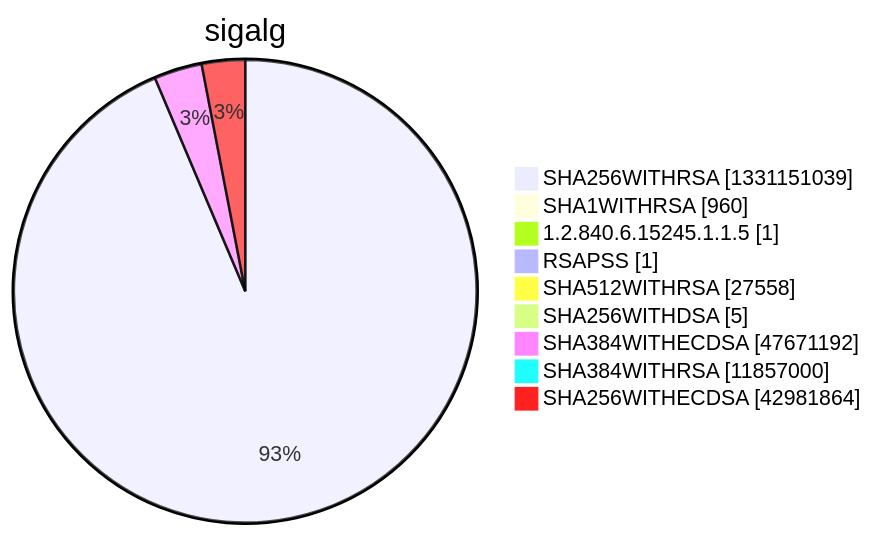
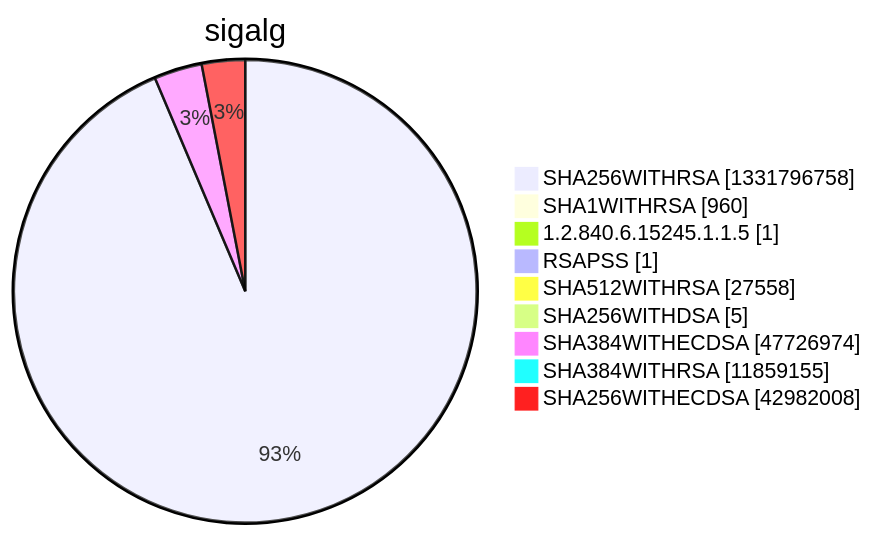
One commit to christiankrug/ctmonitor_visualization changed diagram 15 of 15 in argon2022/README.md. Above: the diagram before and after it, drawn with Mermaid. The commit also changed other lines of this file, not shown here.

````diff
--- a/argon2022/README.md
+++ b/argon2022/README.md
@@ -5524,13 +5524,13 @@
 ```mermaid
 pie showData
 title sigalg
-"SHA256WITHRSA" :1331151039
+"SHA256WITHRSA" :1331796758
 "SHA1WITHRSA" :960
 "1.2.840.6.15245.1.1.5" :1
 "RSAPSS" :1
 "SHA512WITHRSA" :27558
 "SHA256WITHDSA" :5
-"SHA384WITHECDSA" :47671192
-"SHA384WITHRSA" :11857000
-"SHA256WITHECDSA" :42981864
+"SHA384WITHECDSA" :47726974
+"SHA384WITHRSA" :11859155
+"SHA256WITHECDSA" :42982008
 ```
````
